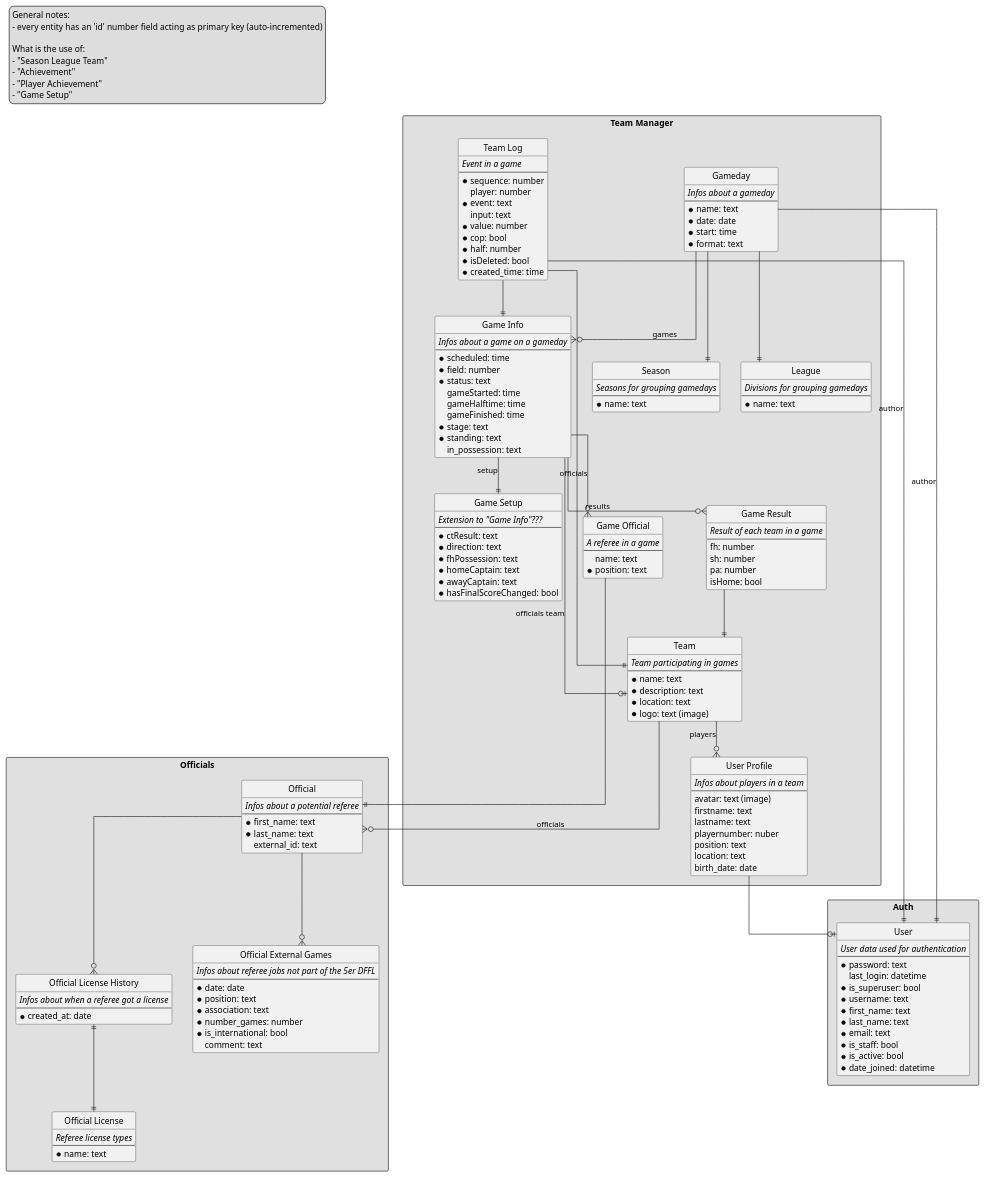
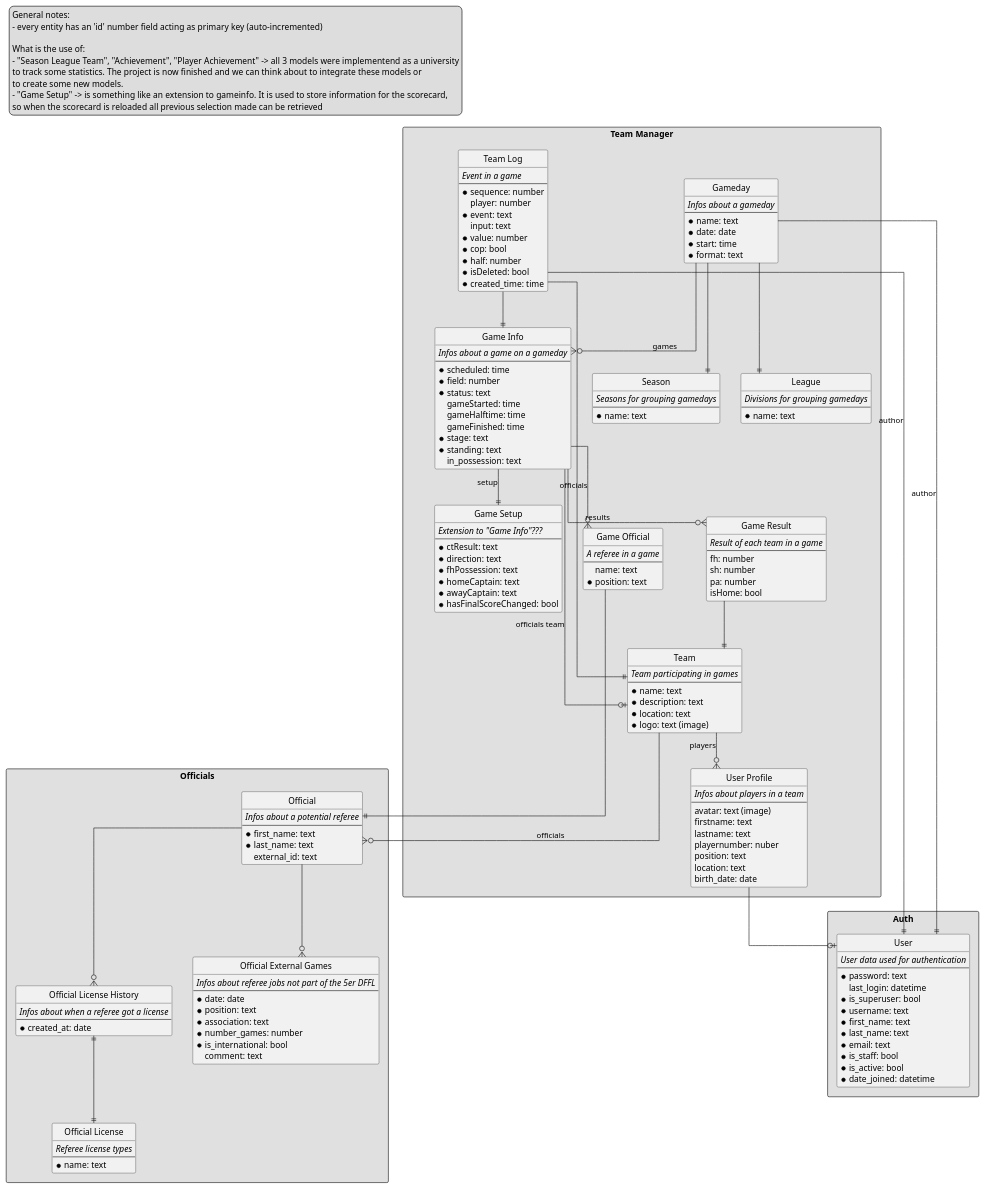
Before and after one commit to chris0chris/league-manager: the diagram in doc/Database.puml, drawn with PlantUML.

Commit message:
fix: answer questions

```diff
--- a/doc/Database.puml
+++ b/doc/Database.puml
@@ -10,10 +10,11 @@
     - every entity has an 'id' number field acting as primary key (auto-incremented)
 
     What is the use of:
-    - "Season League Team"
-    - "Achievement"
-    - "Player Achievement"
-    - "Game Setup"
+    - "Season League Team", "Achievement", "Player Achievement" -> all 3 models were implementend as a university
+    to track some statistics. The project is now finished and we can think about to integrate these models or
+    to create some new models.
+    - "Game Setup" -> is something like an extension to gameinfo. It is used to store information for the scorecard,
+    so when the scorecard is reloaded all previous selection made can be retrieved
 end legend
 
 
```
